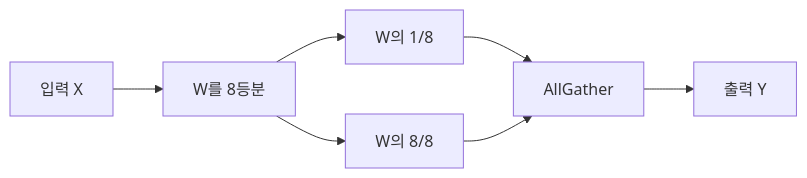
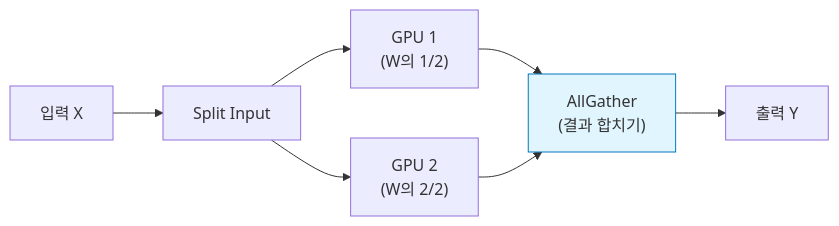
The second of 3 diagrams in content/study/분산 GPU 훈련.md (Ricepunchb/Idsh-obsidian-garden), drawn with Mermaid before and after one commit. The commit also changed other lines of this file and 14 other files, not shown here.

````diff
--- a/content/study/분산 GPU 훈련.md
+++ b/content/study/분산 GPU 훈련.md
@@ -52,11 +67,15 @@
 ```mermaid
-%% 도표 2: Tensor Parallelism
 %%{init: {'theme':'default'}}%%
 graph LR
-    X[입력 X] --> A[W를 8등분]
-    A --> GPU1[W의 1/8]
-    A --> GPU8[W의 8/8]
-    GPU1 --> AG[AllGather]
-    GPU8 --> AG
-    AG --> Y[출력 Y]
+    X["입력 X"] --> Split["Split Input"]
+    
+    Split --> G1["GPU 1<br/>(W의 1/2)"]
+    Split --> G2["GPU 2<br/>(W의 2/2)"]
+    
+    G1 --> AG["AllGather<br/>(결과 합치기)"]
+    G2 --> AG
+    
+    AG --> Y["출력 Y"]
+    
+    style AG fill:#E1F5FE,stroke:#0277BD
 ```
````
